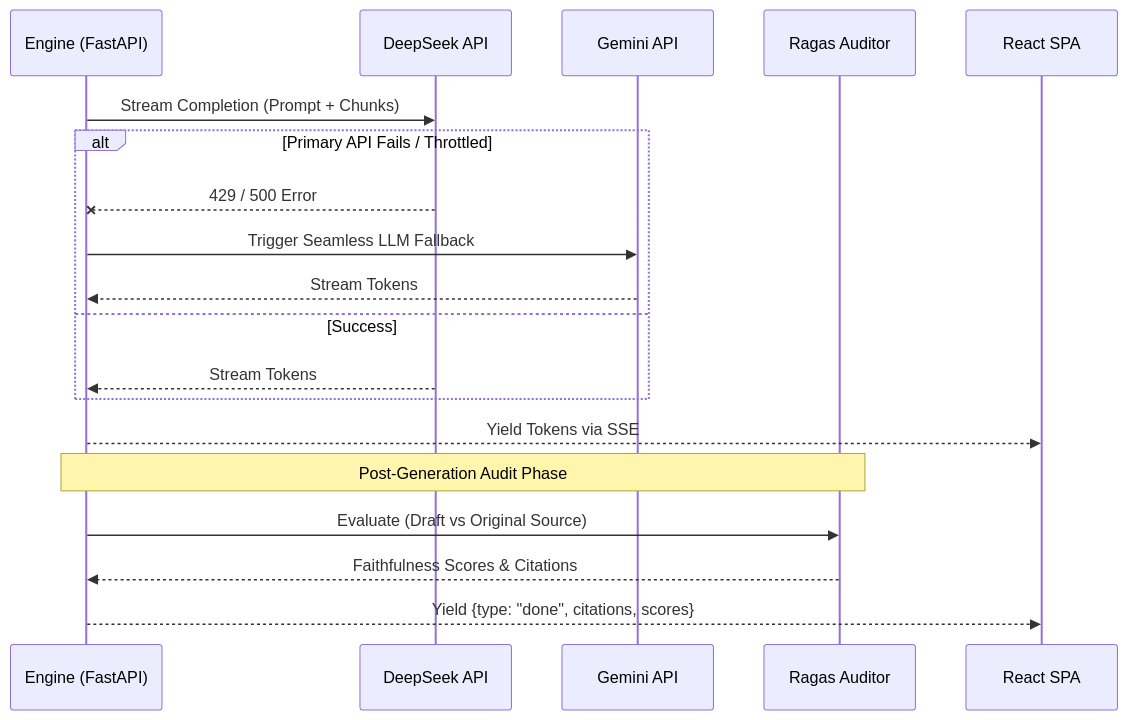
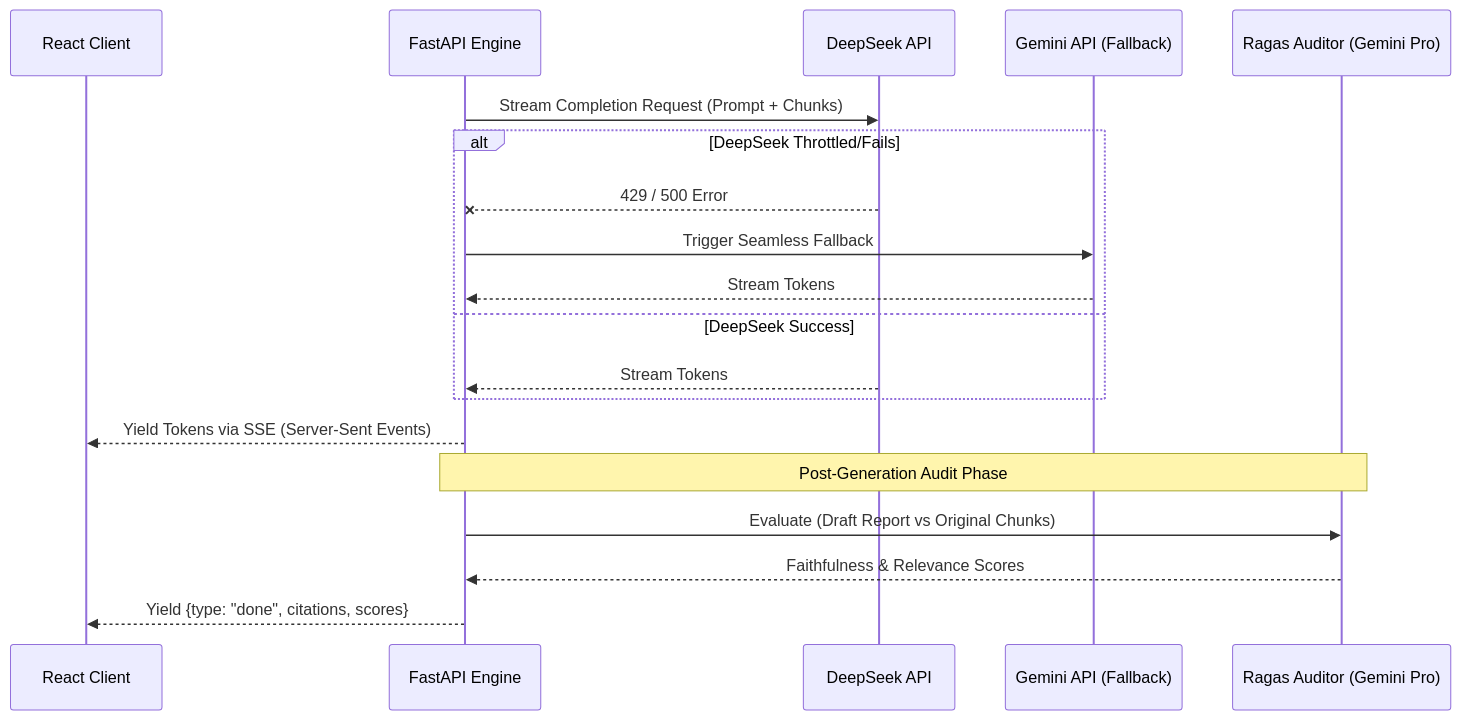
The third of 4 diagrams in README.md (joe-ging/AI_Stock_Analyst_Enterprise), drawn with Mermaid before and after one commit. The commit also changed other lines of this file and 1 other file, not shown here.

````diff
--- a/README.md
+++ b/README.md
@@ -114,25 +102,25 @@
 ```mermaid
 sequenceDiagram
-    participant Engine as Engine (FastAPI)
+    participant UI as React Client
+    participant Engine as FastAPI Engine
     participant DeepSeek as DeepSeek API
-    participant Fallback as Gemini API
-    participant Ragas as Ragas Auditor
-    participant Client as React SPA
+    participant Fallback as Gemini API (Fallback)
+    participant Ragas as Ragas Auditor (Gemini Pro)
     
-    Engine->>DeepSeek: Stream Completion (Prompt + Chunks)
+    Engine->>DeepSeek: Stream Completion Request (Prompt + Chunks)
     
-    alt Primary API Fails / Throttled
+    alt DeepSeek Throttled/Fails
         DeepSeek--xEngine: 429 / 500 Error
-        Engine->>Fallback: Trigger Seamless LLM Fallback
+        Engine->>Fallback: Trigger Seamless Fallback
         Fallback-->>Engine: Stream Tokens
-    else Success
+    else DeepSeek Success
         DeepSeek-->>Engine: Stream Tokens
     end
     
-    Engine-->>Client: Yield Tokens via SSE
+    Engine-->>UI: Yield Tokens via SSE (Server-Sent Events)
     
     Note over Engine, Ragas: Post-Generation Audit Phase
-    Engine->>Ragas: Evaluate (Draft vs Original Source)
-    Ragas-->>Engine: Faithfulness Scores & Citations
-    Engine-->>Client: Yield {type: "done", citations, scores}
+    Engine->>Ragas: Evaluate (Draft Report vs Original Chunks)
+    Ragas-->>Engine: Faithfulness & Relevance Scores
+    Engine-->>UI: Yield {type: "done", citations, scores}
 ```
````
